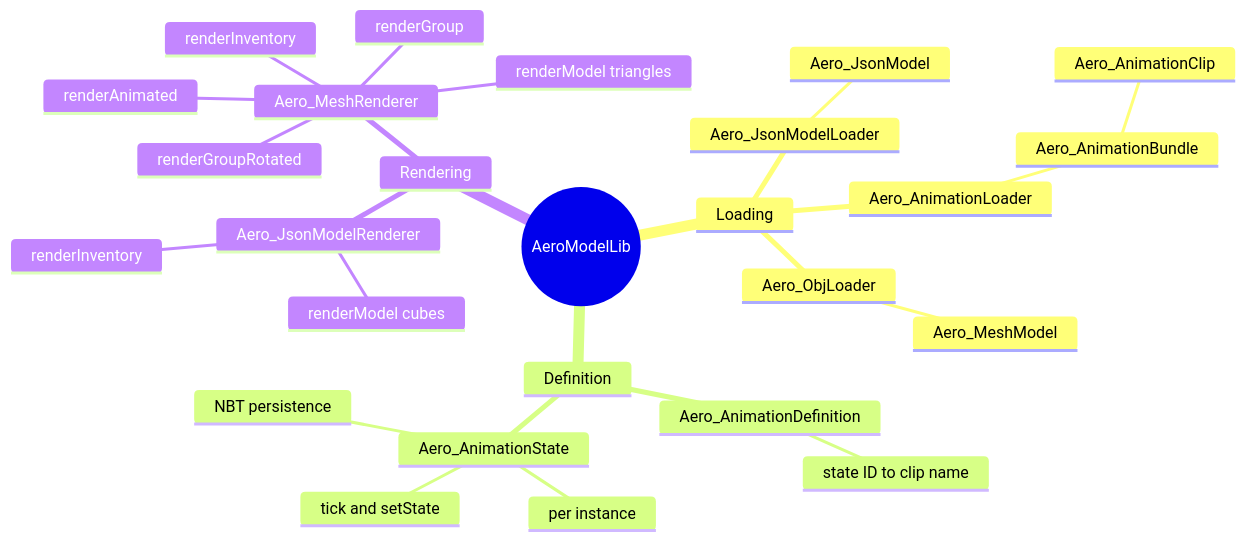
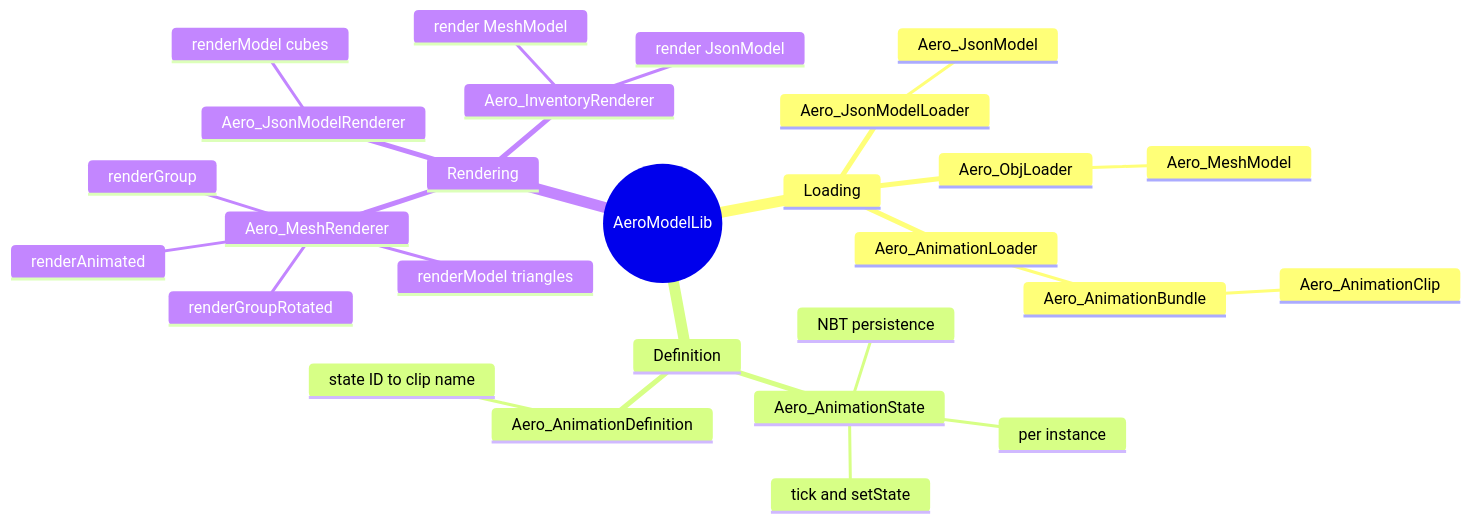
The first of 5 diagrams in DOC.md (lucasrgt/aero-model-lib), drawn with Mermaid before and after one commit. The commit also changed other lines of this file and 4 other files, not shown here.

First line of the commit message:
feat: add Aero_InventoryRenderer for centralized inventory thumbnails

````diff
--- a/DOC.md
+++ b/DOC.md
@@ -83,29 +83,30 @@
 ```mermaid
 mindmap
   root((AeroModelLib))
     Loading
       Aero_JsonModelLoader
         Aero_JsonModel
       Aero_ObjLoader
         Aero_MeshModel
       Aero_AnimationLoader
         Aero_AnimationBundle
           Aero_AnimationClip
     Definition
       Aero_AnimationDefinition
         state ID to clip name
       Aero_AnimationState
         per instance
         tick and setState
         NBT persistence
     Rendering
       Aero_JsonModelRenderer
         renderModel cubes
-        renderInventory
       Aero_MeshRenderer
         renderModel triangles
         renderAnimated
         renderGroup
         renderGroupRotated
-        renderInventory
+      Aero_InventoryRenderer
+        render JsonModel
+        render MeshModel
 ```
````
